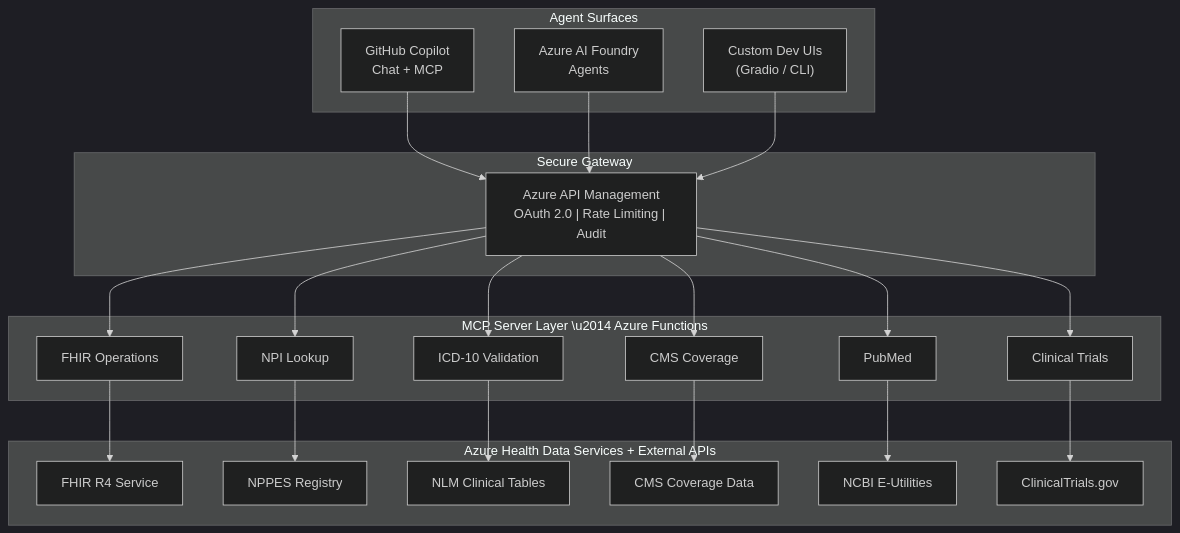
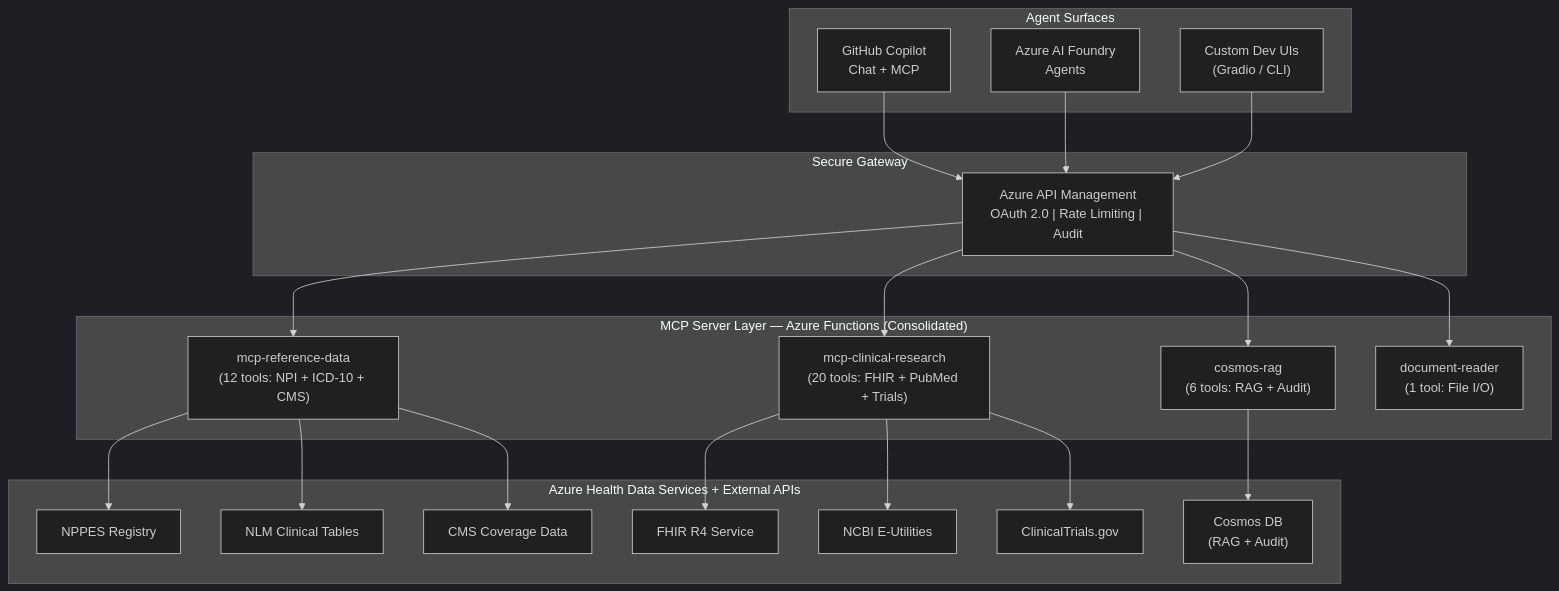
One commit to JinLee794/Azure-Healthcare-Marketplace-Demo changed the first of 3 diagrams in README.md. Above: the diagram before and after it, drawn with Mermaid (dark theme). The commit also changed other lines of this file and 1 other file, not shown here.

Commit message:
docs: update README and skills flow map to reflect consolidated MCP servers and enhanced agent workflows

````diff
--- a/README.md
+++ b/README.md
@@ -84,48 +85,46 @@
 ```mermaid
 flowchart TB
     subgraph surface["Agent Surfaces"]
         CP["GitHub Copilot<br/>Chat + MCP"]
         AI["Azure AI Foundry<br/>Agents"]
         DEV["Custom Dev UIs<br/>(Gradio / CLI)"]
     end
 
     subgraph gateway["Secure Gateway"]
         APIM["Azure API Management<br/>OAuth 2.0 | Rate Limiting | Audit"]
     end
 
-    subgraph mcp["MCP Server Layer \u2014 Azure Functions"]
-        NPI["NPI Lookup"]
-        ICD["ICD-10 Validation"]
-        CMS["CMS Coverage"]
-        FHIR_MCP["FHIR Operations"]
-        PUB["PubMed"]
-        CT["Clinical Trials"]
+    subgraph mcp["MCP Server Layer — Azure Functions (Consolidated)"]
+        REF["mcp-reference-data<br/>(12 tools: NPI + ICD-10 + CMS)"]
+        CLIN["mcp-clinical-research<br/>(20 tools: FHIR + PubMed + Trials)"]
+        RAG["cosmos-rag<br/>(6 tools: RAG + Audit)"]
+        DOC["document-reader<br/>(1 tool: File I/O)"]
     end
 
     subgraph data["Azure Health Data Services + External APIs"]
         FHIR["FHIR R4 Service"]
         NPPES["NPPES Registry"]
         NLM["NLM Clinical Tables"]
         CMSAPI["CMS Coverage Data"]
         NCBI["NCBI E-Utilities"]
         CTGOV["ClinicalTrials.gov"]
+        COSMOS["Cosmos DB<br/>(RAG + Audit)"]
     end
 
     CP --> APIM
     AI --> APIM
     DEV --> APIM
 
-    APIM --> NPI
-    APIM --> ICD
-    APIM --> CMS
-    APIM --> FHIR_MCP
-    APIM --> PUB
-    APIM --> CT
+    APIM --> REF
+    APIM --> CLIN
+    APIM --> RAG
+    APIM --> DOC
 
-    NPI --> NPPES
-    ICD --> NLM
-    CMS --> CMSAPI
-    FHIR_MCP --> FHIR
-    PUB --> NCBI
-    CT --> CTGOV
+    REF --> NPPES
+    REF --> NLM
+    REF --> CMSAPI
+    CLIN --> FHIR
+    CLIN --> NCBI
+    CLIN --> CTGOV
+    RAG --> COSMOS
 ```
````
